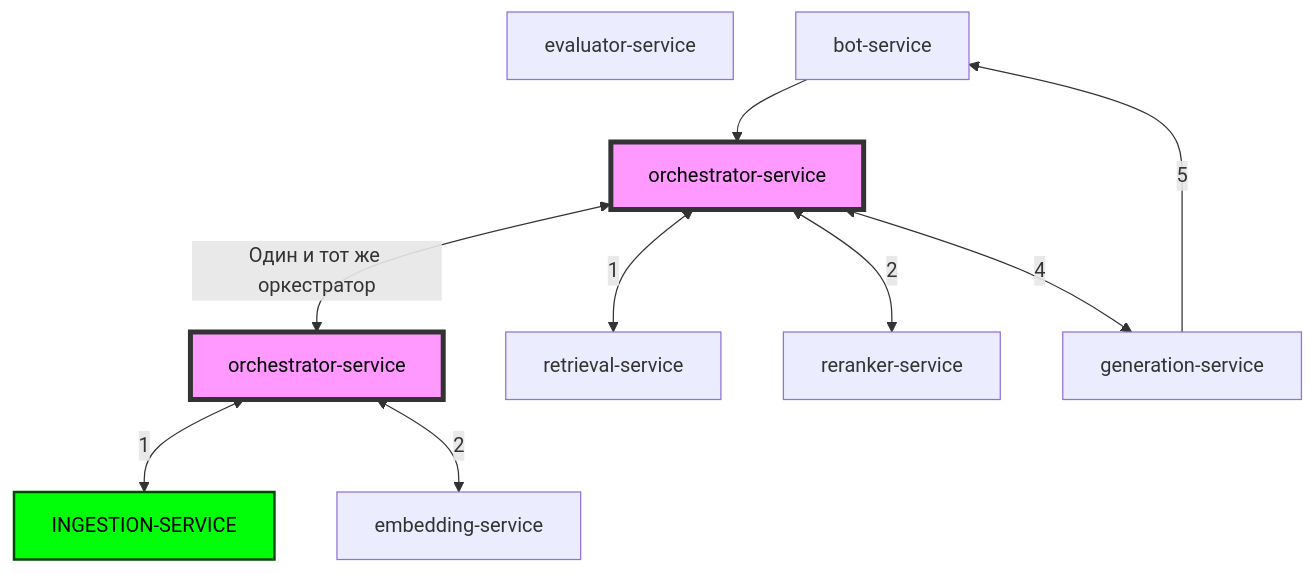
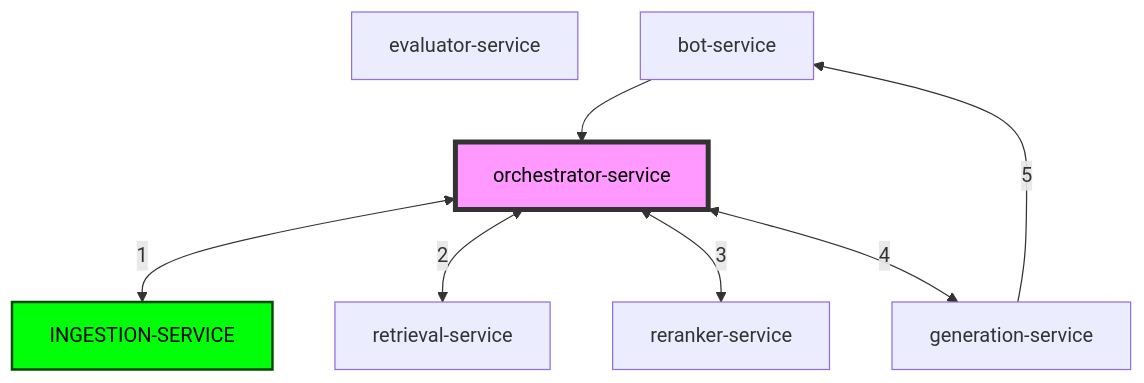
One commit to GregRublik/ingestion-service changed the diagram in README.md. Above: the diagram before and after it, drawn with Mermaid. The commit also changed 5 other files, not shown here.

````diff
--- a/README.md
+++ b/README.md
@@ -4,23 +4,16 @@
 ```mermaid
 graph TD
-    K[evaluator-service] 
-    
-    
-    C[orchestrator-service] <--1--> B[INGESTION-SERVICE]
-    C <--2--> D[embedding-service]
+    K[evaluator-service]
     
     
     F[bot-service] --> c[orchestrator-service]  
-    c <--1--> G[retrieval-service]
-    c <--2--> E[reranker-service]
+    c <--1--> B[INGESTION-SERVICE] 
+    c <--2--> G[retrieval-service]
+    c <--3--> E[reranker-service]
     c <--4--> I[generation-service]
     I --5--> F
     
     
-    
-    c <--Один и тот же оркестратор--> C
-    
-    style C fill:#f9f,stroke:#333,stroke-width:4px,color:#000
     style c fill:#f9f,stroke:#333,stroke-width:4px,color:#000
     style B fill:#00ff08,stroke:#014a04,stroke-width:2px,color:#000
 ```
````
